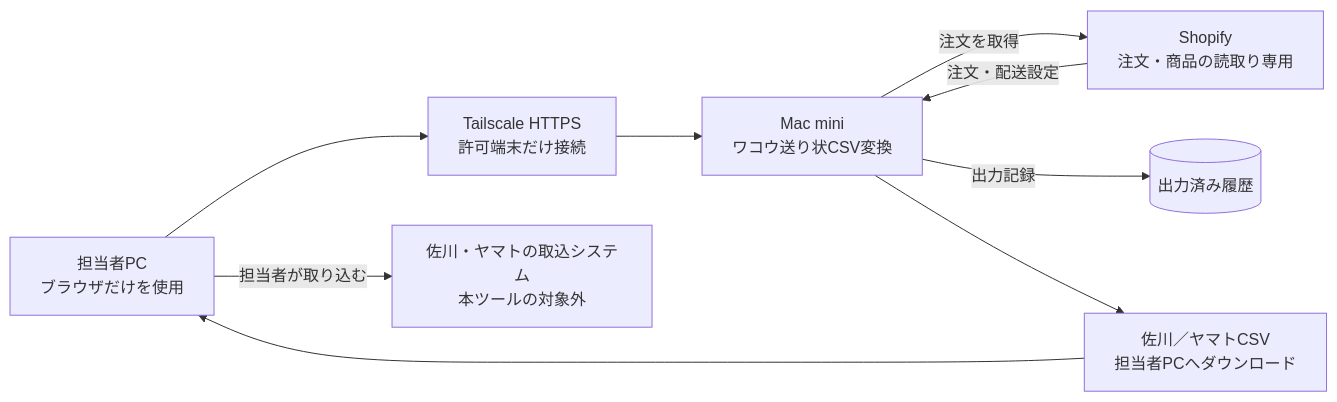
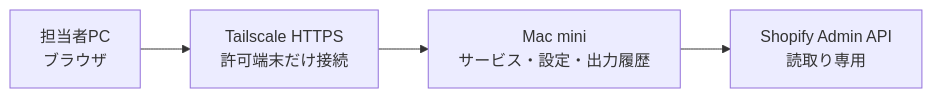
One commit to UNLegume/csv_transfer_for_wakou changed the second of 5 diagrams in README.md. Above: the diagram before and after it, drawn with Mermaid. The commit also changed other lines of this file, not shown here.

````diff
--- a/README.md
+++ b/README.md
@@ -26,17 +65,9 @@
 ```mermaid
 flowchart LR
-    PC["担当者PC<br/>ブラウザだけを使用"]
+    PC["担当者PC<br/>ブラウザ"]
     TS["Tailscale HTTPS<br/>許可端末だけ接続"]
-    APP["Mac mini<br/>ワコウ送り状CSV変換"]
-    SHOP["Shopify<br/>注文・商品の読取り専用"]
-    DB[("出力済み履歴")]
-    CSV["佐川／ヤマトCSV<br/>担当者PCへダウンロード"]
-    CARRIER["佐川・ヤマトの取込システム<br/>本ツールの対象外"]
+    MAC["Mac mini<br/>サービス・設定・出力履歴"]
+    SHOP["Shopify Admin API<br/>読取り専用"]
 
-    PC --> TS --> APP
-    APP -->|注文を取得| SHOP
-    SHOP -->|注文・配送設定| APP
-    APP -->|出力記録| DB
-    APP --> CSV --> PC
-    PC -->|担当者が取り込む| CARRIER
+    PC --> TS --> MAC --> SHOP
 ```
````
